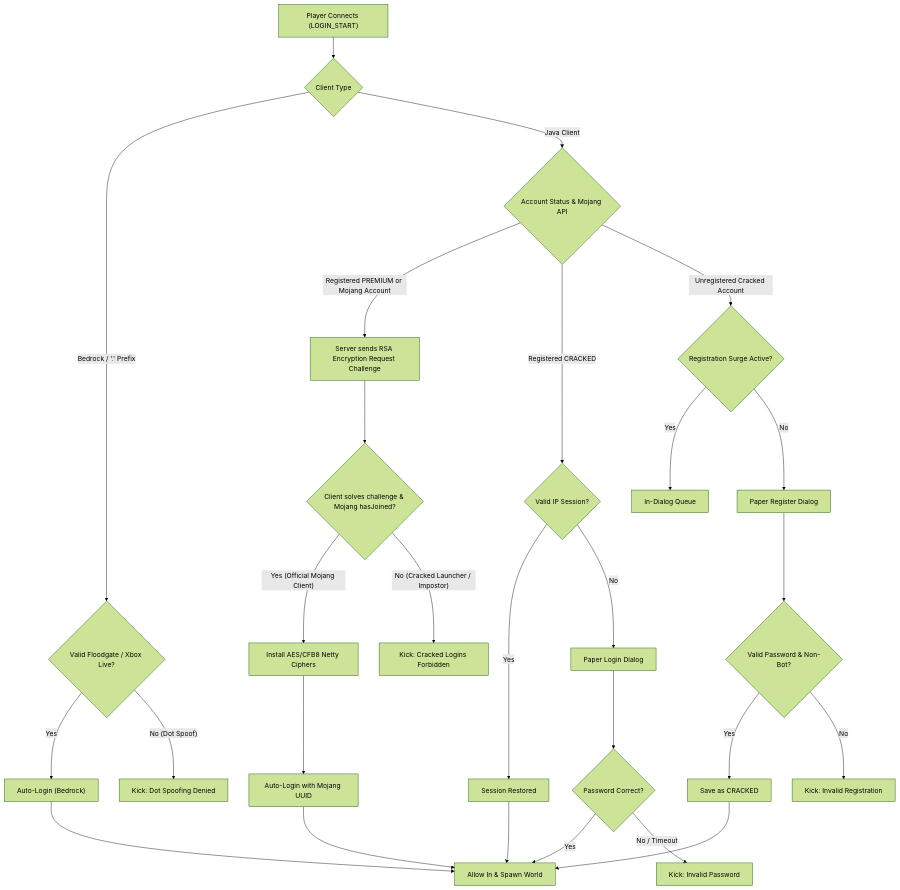
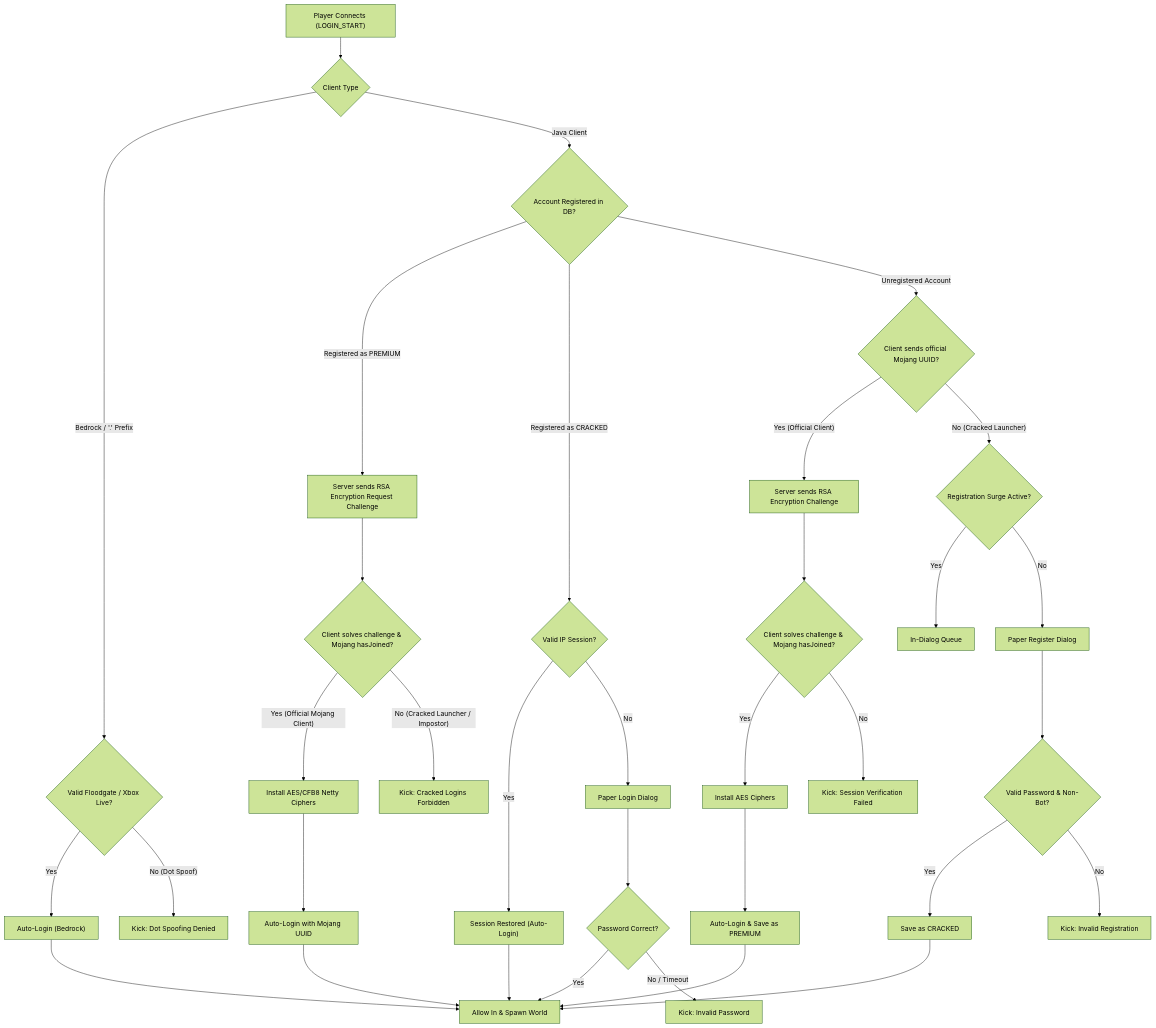
One commit to YohanTirnue/Tirnue-Authenticator-Login-Minecraft-Paper-Free-Auto-Premium-Login-Bedrock-Support changed the diagram in README.md. Above: the diagram before and after it, drawn with Mermaid (forest theme). The commit also changed 1 other file, not shown here.

Commit message:
fix: allow unregistered cracked clients to receive register dialog while preserving official auto-login

````diff
--- a/README.md
+++ b/README.md
@@ -13,39 +13,45 @@
 ```mermaid
 flowchart TD
     A["Player Connects (LOGIN_START)"] --> B{"Client Type"}
 
     %% Bedrock Branch
     B -- "Bedrock / '.' Prefix" --> C{"Valid Floodgate / Xbox Live?"}
     C -- "Yes" --> D["Auto-Login (Bedrock)"]
     C -- "No (Dot Spoof)" --> K1["Kick: Dot Spoofing Denied"]
 
     %% Java Branch
-    B -- "Java Client" --> E{"Account Status & Mojang API"}
+    B -- "Java Client" --> E{"Account Registered in DB?"}
 
-    %% Premium Branch (Cryptographic challenge)
-    E -- "Registered PREMIUM or Mojang Account" --> F["Server sends RSA Encryption Request Challenge"]
+    %% Registered PREMIUM
+    E -- "Registered as PREMIUM" --> F["Server sends RSA Encryption Request Challenge"]
     F --> G{"Client solves challenge & Mojang hasJoined?"}
     G -- "Yes (Official Mojang Client)" --> H["Install AES/CFB8 Netty Ciphers"]
     H --> I["Auto-Login with Mojang UUID"]
     G -- "No (Cracked Launcher / Impostor)" --> K2["Kick: Cracked Logins Forbidden"]
 
-    %% Cracked Branch
-    E -- "Registered CRACKED" --> J{"Valid IP Session?"}
-    J -- "Yes" --> S1["Session Restored"]
+    %% Registered CRACKED
+    E -- "Registered as CRACKED" --> J{"Valid IP Session?"}
+    J -- "Yes" --> S1["Session Restored (Auto-Login)"]
     J -- "No" --> P1["Paper Login Dialog"]
     P1 --> V1{"Password Correct?"}
     V1 -- "Yes" --> M["Allow In & Spawn World"]
     V1 -- "No / Timeout" --> K3["Kick: Invalid Password"]
 
-    %% Unregistered Non-Premium
-    E -- "Unregistered Cracked Account" --> N{"Registration Surge Active?"}
+    %% Unregistered Account
+    E -- "Unregistered Account" --> U{"Client sends official Mojang UUID?"}
+    U -- "Yes (Official Client)" --> F2["Server sends RSA Encryption Challenge"]
+    F2 --> G2{"Client solves challenge & Mojang hasJoined?"}
+    G2 -- "Yes" --> H2["Install AES Ciphers"] --> I2["Auto-Login & Save as PREMIUM"] --> M
+    G2 -- "No" --> K4["Kick: Session Verification Failed"]
+
+    U -- "No (Cracked Launcher)" --> N{"Registration Surge Active?"}
     N -- "Yes" --> O["In-Dialog Queue"]
     N -- "No" --> P2["Paper Register Dialog"]
     P2 --> V2{"Valid Password & Non-Bot?"}
     V2 -- "Yes" --> Q["Save as CRACKED"] --> M
-    V2 -- "No" --> K4["Kick: Invalid Registration"]
+    V2 -- "No" --> K5["Kick: Invalid Registration"]
 
     D --> M
     I --> M
     S1 --> M
 ```
````
